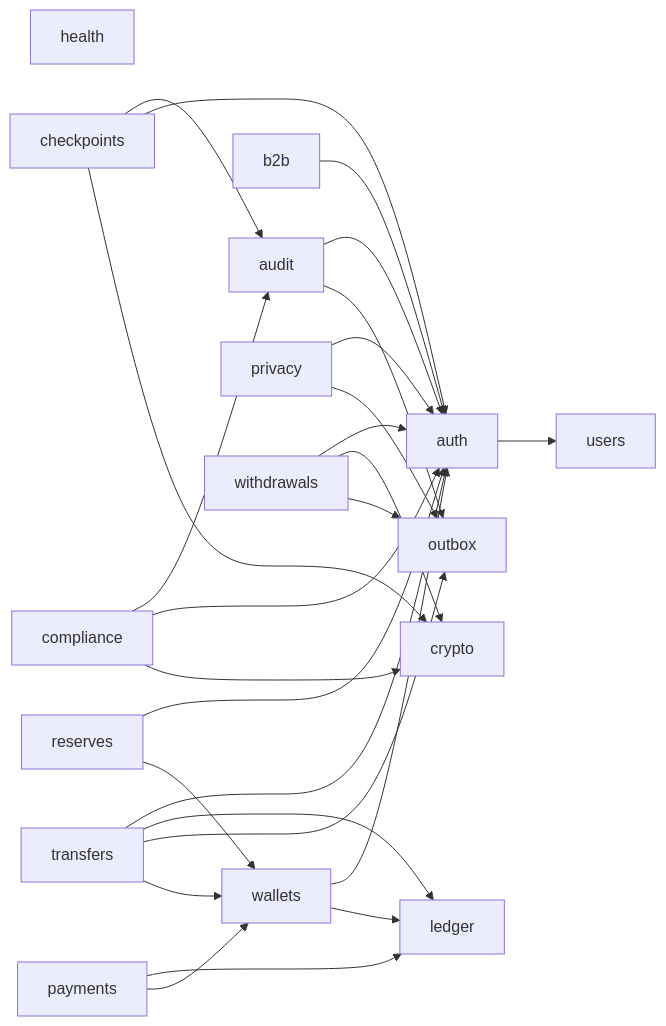
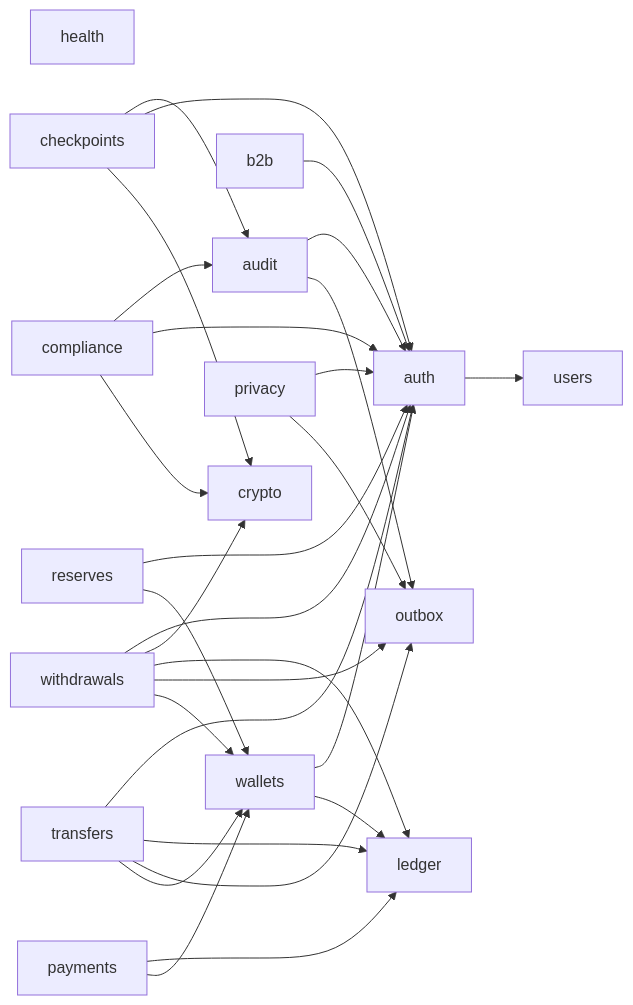
Before and after one commit to AymanNagyAhmed/backend-fintech-cryptographic-monolith: the diagram in docs/modules.md, drawn with Mermaid. The commit also changed other lines of this file and 13 other files, not shown here.

````diff
--- a/docs/modules.md
+++ b/docs/modules.md
@@ -7,29 +7,31 @@
 ```mermaid
 flowchart LR
   health["health"]
   audit["audit"] --> auth["auth"]
   audit["audit"] --> outbox["outbox"]
   auth["auth"] --> users["users"]
   b2b["b2b"] --> auth["auth"]
   checkpoints["checkpoints"] --> audit["audit"]
   checkpoints["checkpoints"] --> auth["auth"]
   checkpoints["checkpoints"] --> crypto["crypto"]
   compliance["compliance"] --> audit["audit"]
   compliance["compliance"] --> auth["auth"]
   compliance["compliance"] --> crypto["crypto"]
   payments["payments"] --> ledger["ledger"]
   payments["payments"] --> wallets["wallets"]
   privacy["privacy"] --> auth["auth"]
   privacy["privacy"] --> outbox["outbox"]
   reserves["reserves"] --> auth["auth"]
   reserves["reserves"] --> wallets["wallets"]
   transfers["transfers"] --> auth["auth"]
   transfers["transfers"] --> ledger["ledger"]
   transfers["transfers"] --> outbox["outbox"]
   transfers["transfers"] --> wallets["wallets"]
   wallets["wallets"] --> auth["auth"]
   wallets["wallets"] --> ledger["ledger"]
   withdrawals["withdrawals"] --> auth["auth"]
   withdrawals["withdrawals"] --> crypto["crypto"]
+  withdrawals["withdrawals"] --> ledger["ledger"]
   withdrawals["withdrawals"] --> outbox["outbox"]
+  withdrawals["withdrawals"] --> wallets["wallets"]
 ```
````
